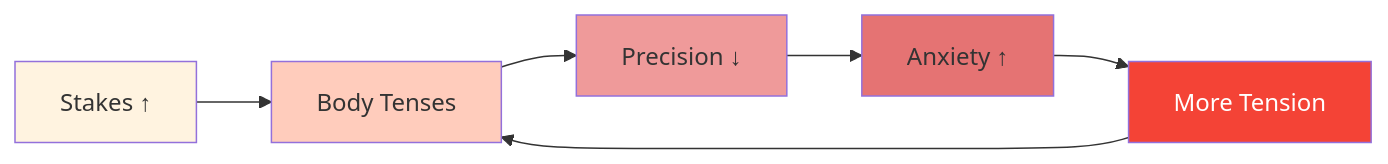
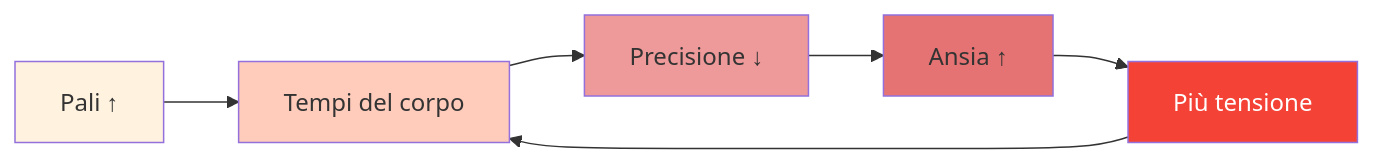
One commit to patwii/petanque-academy changed the second of 2 diagrams in docs/it/articles/tension-precision.md. Above: the diagram before and after it, drawn with Mermaid. The commit also changed other lines of this file and 550 other files, not shown here.

````diff
--- a/docs/it/articles/tension-precision.md
+++ b/docs/it/articles/tension-precision.md
@@ -62,14 +62,14 @@
 ```mermaid
 flowchart LR
-    A[Stakes ↑] --> B[Body Tenses]
-    B --> C[Precision ↓]
-    C --> D[Anxiety ↑]
-    D --> E[More Tension]
+    A[Pali ↑] --> B[Tempi del corpo]
+    B --> C[Precisione ↓]
+    C --> D[Ansia ↑]
+    D --> E[Più tensione]
     E --> B
 
     style A fill:#fff3e0
     style B fill:#ffccbc
     style C fill:#ef9a9a
     style D fill:#e57373
     style E fill:#f44336,color:#fff
 ```
````
